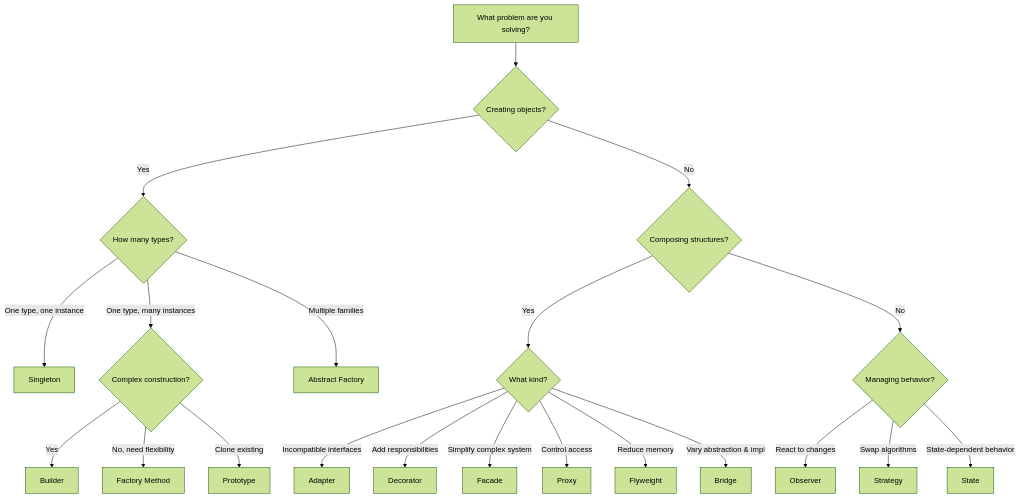
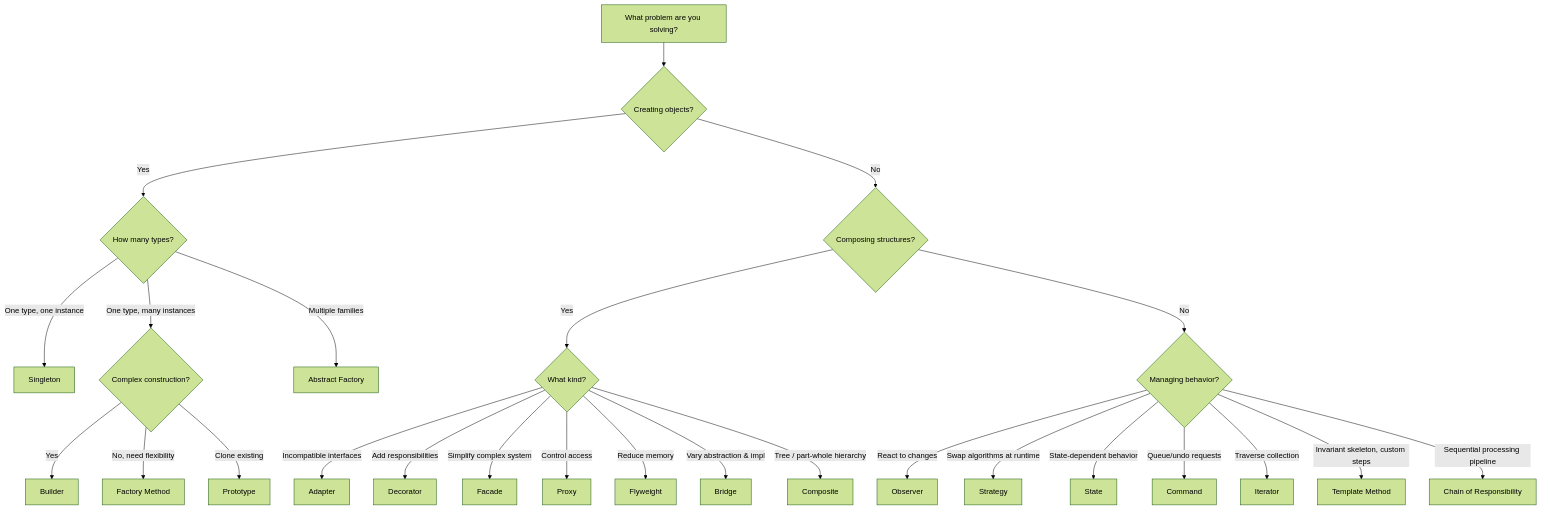
The diagram in design-patterns/README.md (HEY-DEMO/Cheat), drawn with Mermaid (forest theme) before and after one commit. The commit also changed other lines of this file and 67 other files, not shown here.

Commit message:
Add system design, networking, AI agent skills, developer tools, and architecture guides

````diff
--- a/design-patterns/README.md
+++ b/design-patterns/README.md
@@ -64,28 +93,33 @@
 ```mermaid
 flowchart TD
     Start[What problem are you solving?] --> Q1{Creating objects?}
     Q1 -->|Yes| Q2{How many types?}
     Q1 -->|No| Q3{Composing structures?}
     
     Q2 -->|One type, one instance| Singleton[Singleton]
     Q2 -->|One type, many instances| Q4{Complex construction?}
     Q2 -->|Multiple families| AbstractFactory[Abstract Factory]
     
     Q4 -->|Yes| Builder[Builder]
     Q4 -->|No, need flexibility| FactoryMethod[Factory Method]
     Q4 -->|Clone existing| Prototype[Prototype]
     
     Q3 -->|Yes| Q5{What kind?}
     Q3 -->|No| Q6{Managing behavior?}
     
     Q5 -->|Incompatible interfaces| Adapter[Adapter]
     Q5 -->|Add responsibilities| Decorator[Decorator]
     Q5 -->|Simplify complex system| Facade[Facade]
     Q5 -->|Control access| Proxy[Proxy]
     Q5 -->|Reduce memory| Flyweight[Flyweight]
     Q5 -->|Vary abstraction & impl| Bridge[Bridge]
+    Q5 -->|Tree / part-whole hierarchy| Composite[Composite]
     
     Q6 -->|React to changes| Observer[Observer]
-    Q6 -->|Swap algorithms| Strategy[Strategy]
+    Q6 -->|Swap algorithms at runtime| Strategy[Strategy]
     Q6 -->|State-dependent behavior| State[State]
+    Q6 -->|Queue/undo requests| Command[Command]
+    Q6 -->|Traverse collection| Iterator[Iterator]
+    Q6 -->|Invariant skeleton, custom steps| TemplateMethod[Template Method]
+    Q6 -->|Sequential processing pipeline| CoR[Chain of Responsibility]
 ```
````
